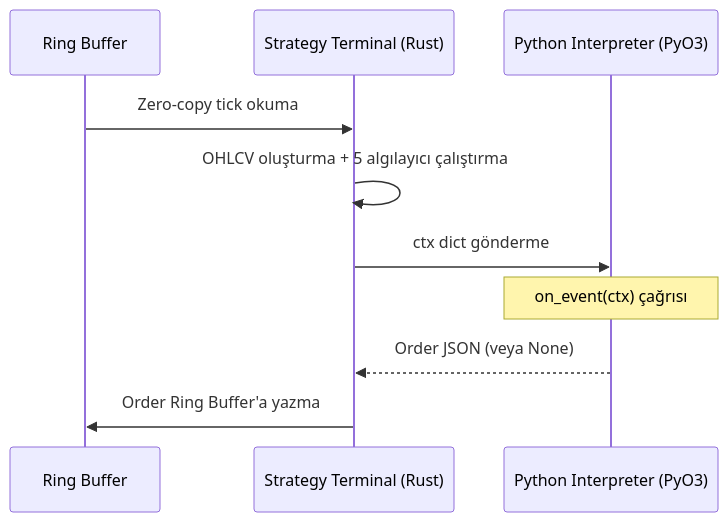
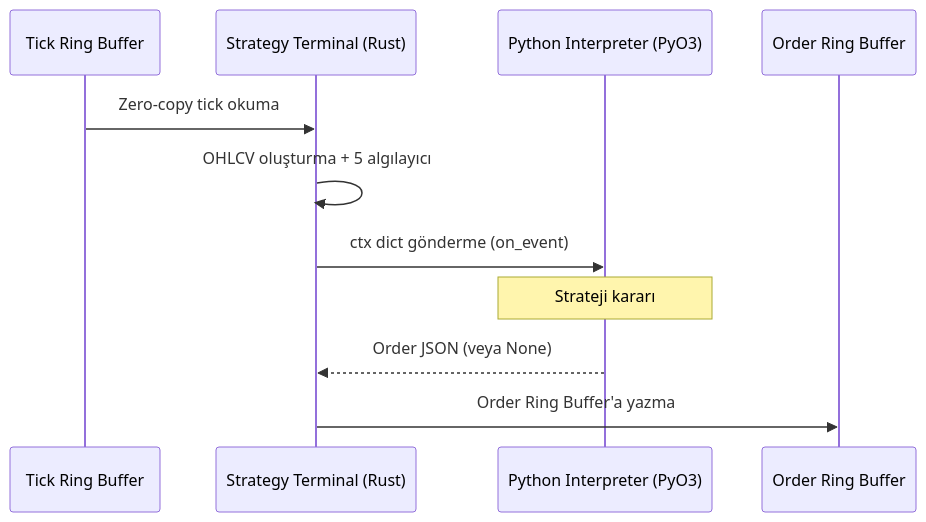
Before and after one commit to Quant-Trade-Lab-Community/cycle_finance_bot: the second of 2 diagrams in README.md, drawn with Mermaid. The commit also changed other lines of this file, not shown here.

````diff
--- a/README.md
+++ b/README.md
@@ -195,13 +359,14 @@
 ```mermaid
 sequenceDiagram
-    participant RB as Ring Buffer
+    participant RB as Tick Ring Buffer
     participant ST as Strategy Terminal (Rust)
     participant PY as Python Interpreter (PyO3)
+    participant OR as Order Ring Buffer
 
     RB->>ST: Zero-copy tick okuma
-    ST->>ST: OHLCV oluşturma + 5 algılayıcı çalıştırma
-    ST->>PY: ctx dict gönderme
-    Note over PY: on_event(ctx) çağrısı
+    ST->>ST: OHLCV oluşturma + 5 algılayıcı
+    ST->>PY: ctx dict gönderme (on_event)
+    Note over PY: Strateji kararı
     PY-->>ST: Order JSON (veya None)
-    ST->>RB: Order Ring Buffer'a yazma
+    ST->>OR: Order Ring Buffer'a yazma
 ```
````
